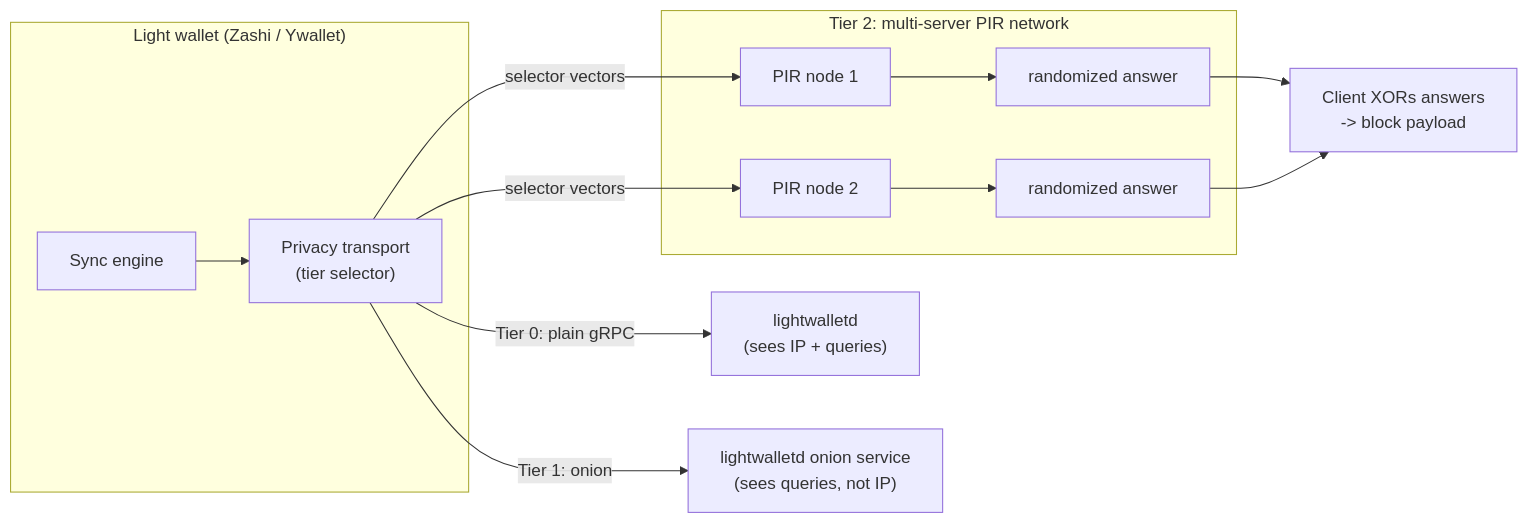
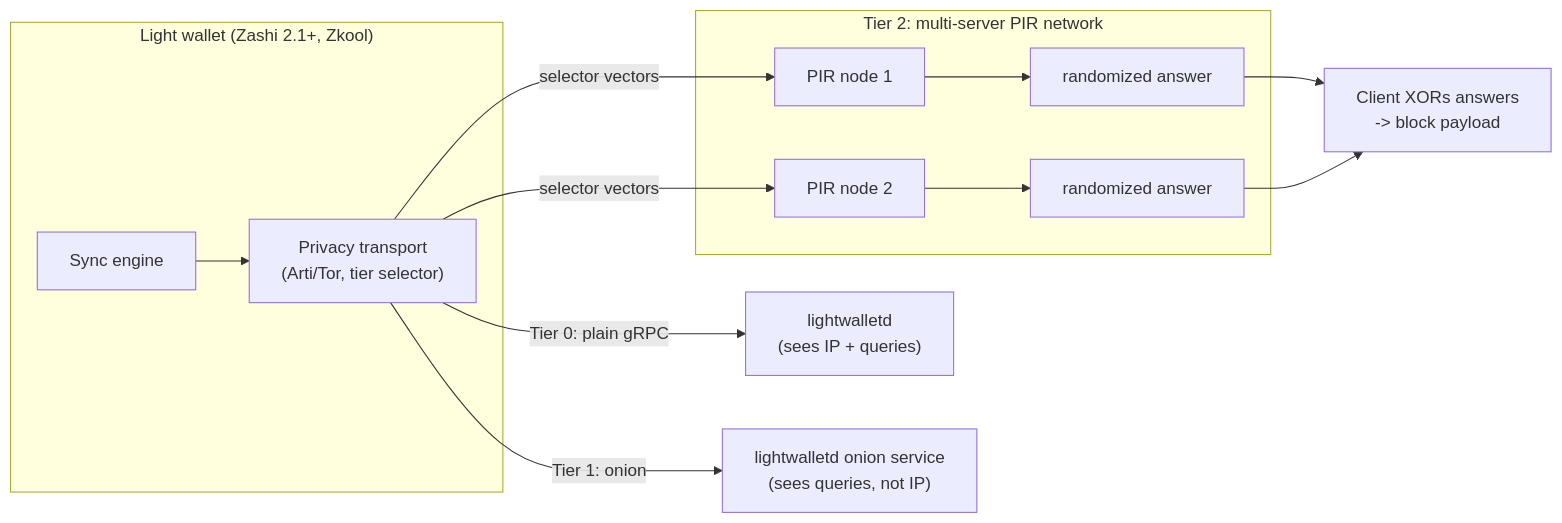
Before and after one commit to sarinsk629-blip/Zcash_privacy-preserving-light-client-sync-proposal: the diagram in docs/TECHNICAL_WHITEPAPER.md, drawn with Mermaid. The commit also changed other lines of this file and 6 other files, not shown here.

````diff
--- a/docs/TECHNICAL_WHITEPAPER.md
+++ b/docs/TECHNICAL_WHITEPAPER.md
@@ -28,16 +30,16 @@
 ```mermaid
 flowchart LR
-    subgraph Client["Light wallet (Zashi / Ywallet)"]
-        W["Sync engine"] --> T["Privacy transport\n(tier selector)"]
+    subgraph Client["Light wallet (Zashi 2.1+, Zkool)"]
+        W["Sync engine"] --> T["Privacy transport\n(Arti/Tor, tier selector)"]
     end
     T -->|Tier 0: plain gRPC| S0["lightwalletd\n(sees IP + queries)"]
     T -->|Tier 1: onion| S1["lightwalletd onion service\n(sees queries, not IP)"]
     subgraph PIRnet["Tier 2: multi-server PIR network"]
         T -->|selector vectors| P1["PIR node 1"]
         T -->|selector vectors| P2["PIR node 2"]
         P1 --> A1["randomized answer"]
         P2 --> A2["randomized answer"]
     end
     A1 --> X["Client XORs answers\n-> block payload"]
     A2 --> X
 ```
````
